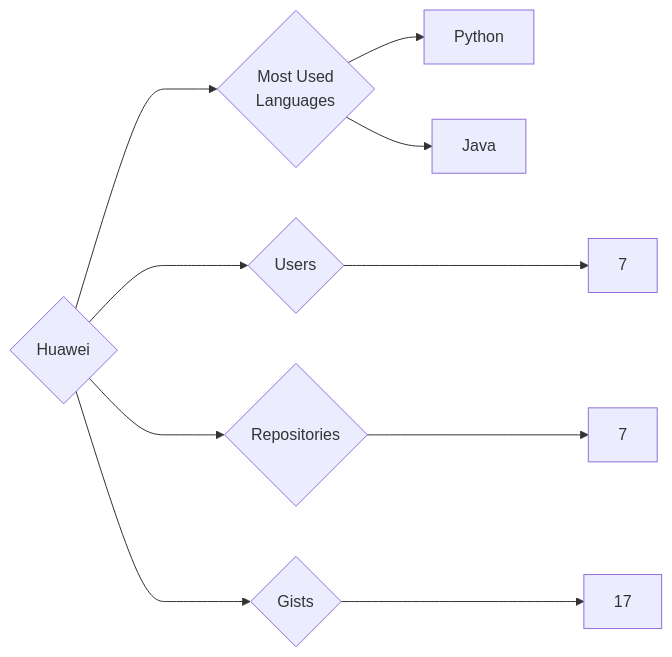
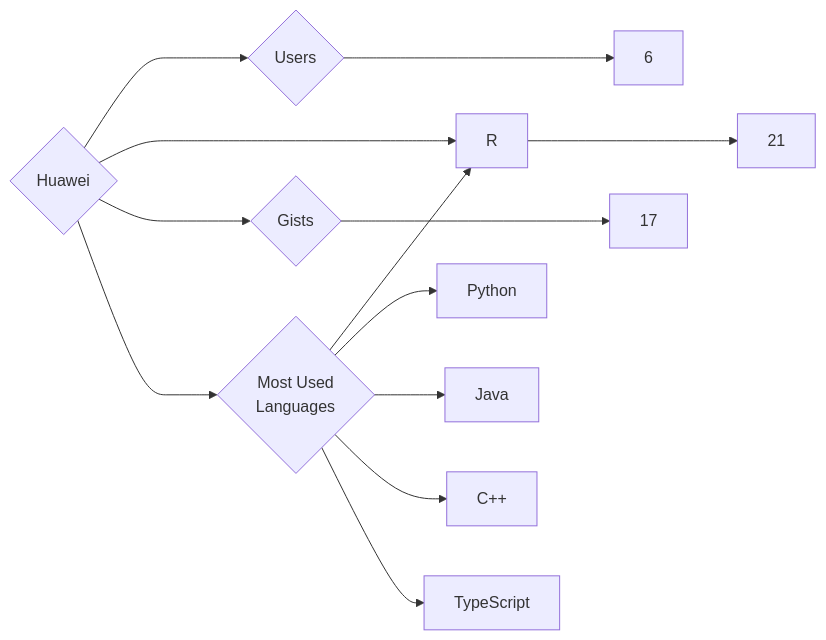
One commit to trickest/insiders changed the diagram in targets/Huawei/README.md. Above: the diagram before and after it, drawn with Mermaid. The commit also changed 840 other files, not shown here.

````diff
--- a/targets/Huawei/README.md
+++ b/targets/Huawei/README.md
@@ -3,10 +3,13 @@
 ```mermaid
 graph LR
 COMPANY_NAME{Huawei}
-COMPANY_NAME ---> U{Users} ---> UN[7]
-COMPANY_NAME ---> R{Repositories} ---> RN[7]
+COMPANY_NAME ---> U{Users} ---> UN[6]
+COMPANY_NAME ---> R{Repositories} ---> RN[21]
 COMPANY_NAME ---> G{Gists} ---> GN[17]
 COMPANY_NAME ---> ML{Most Used<br>Languages}
+ML --> R[R]
 ML --> Python[Python]
 ML --> Java[Java]
+ML --> C++[C++]
+ML --> TypeScript[TypeScript]
 ```
````
